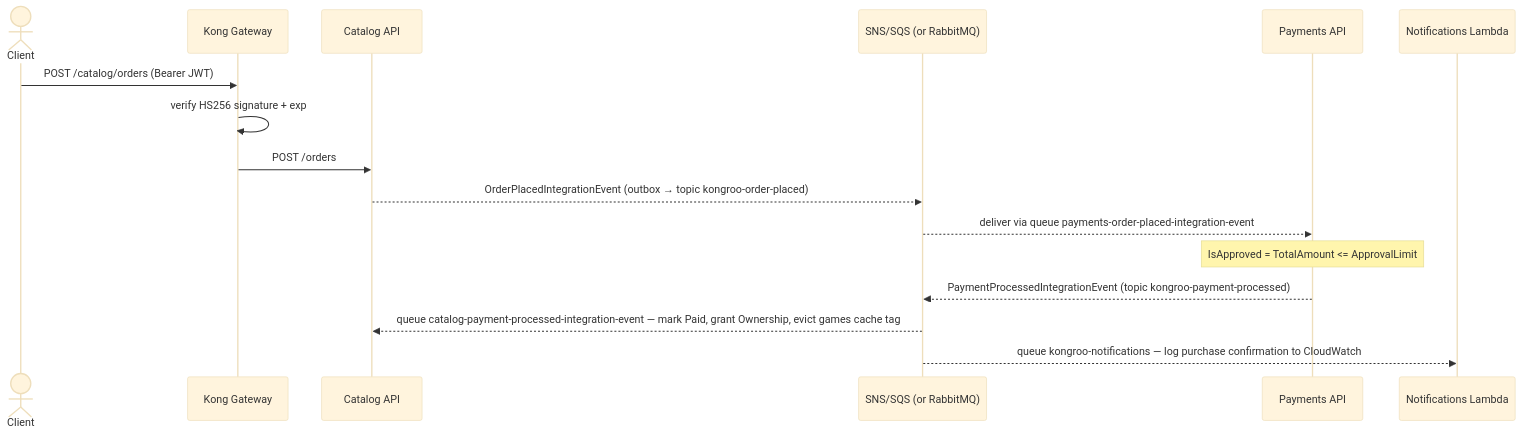
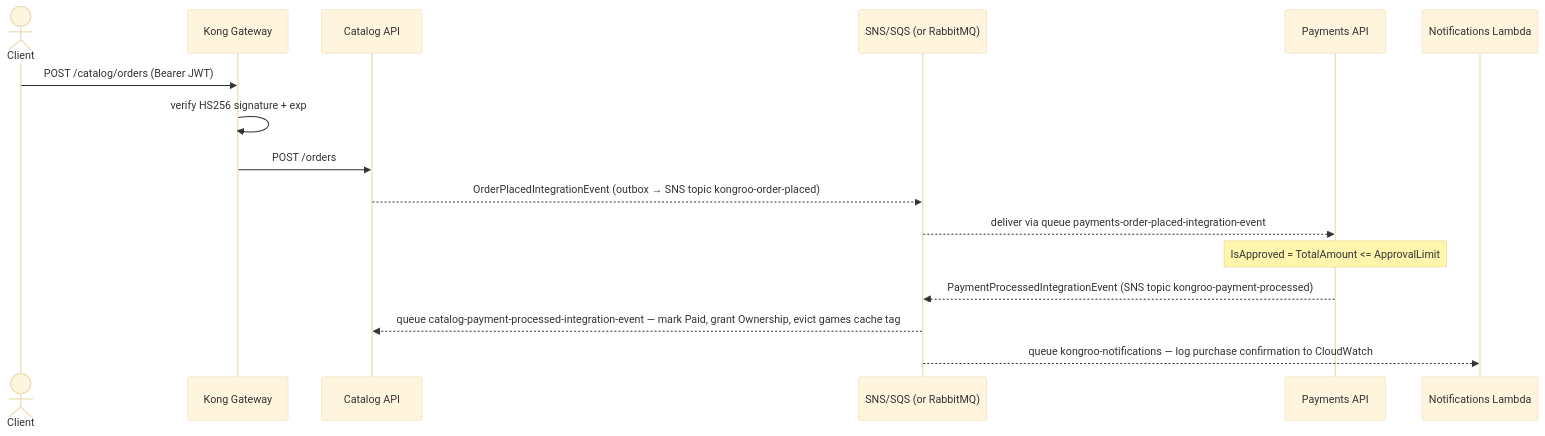
Diagram 11 of 11 in ARCHITECTURE.md (almeidajr/Kongroo.Orchestration), drawn with Mermaid (base theme) before and after one commit. The commit also changed other lines of this file, not shown here.

Commit message:
docs: fix ARCHITECTURE queue names and review findings

````diff
--- a/ARCHITECTURE.md
+++ b/ARCHITECTURE.md
@@ -506,19 +502,19 @@
 ```mermaid
 sequenceDiagram
     actor Client
     participant Kong as Kong Gateway
     participant Catalog as Catalog API
     participant Bus as SNS/SQS (or RabbitMQ)
     participant Payments as Payments API
     participant Lambda as Notifications Lambda
 
     Client->>Kong: POST /catalog/orders (Bearer JWT)
     Kong->>Kong: verify HS256 signature + exp
     Kong->>Catalog: POST /orders
-    Catalog-->>Bus: OrderPlacedIntegrationEvent (outbox → topic kongroo-order-placed)
+    Catalog-->>Bus: OrderPlacedIntegrationEvent (outbox → SNS topic kongroo-order-placed)
     Bus-->>Payments: deliver via queue payments-order-placed-integration-event
     Note over Payments: IsApproved = TotalAmount <= ApprovalLimit
-    Payments-->>Bus: PaymentProcessedIntegrationEvent (topic kongroo-payment-processed)
+    Payments-->>Bus: PaymentProcessedIntegrationEvent (SNS topic kongroo-payment-processed)
     Bus-->>Catalog: queue catalog-payment-processed-integration-event — mark Paid, grant Ownership, evict games cache tag
     Bus-->>Lambda: queue kongroo-notifications — log purchase confirmation to CloudWatch
 ```
````
